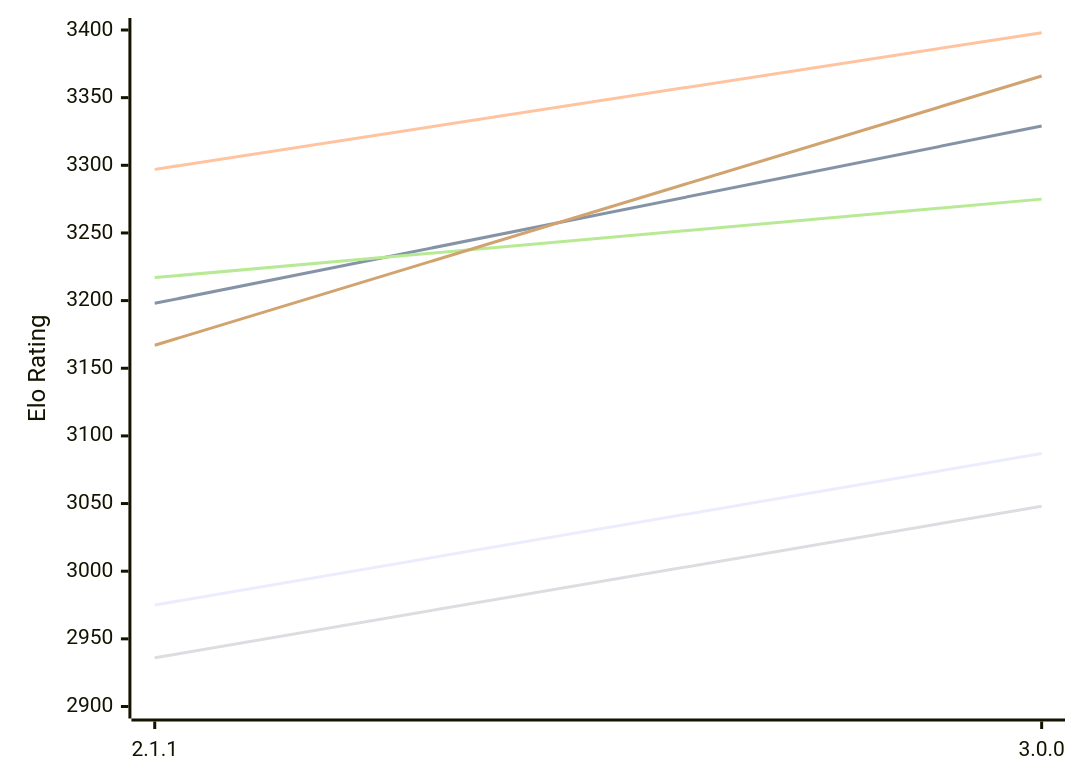
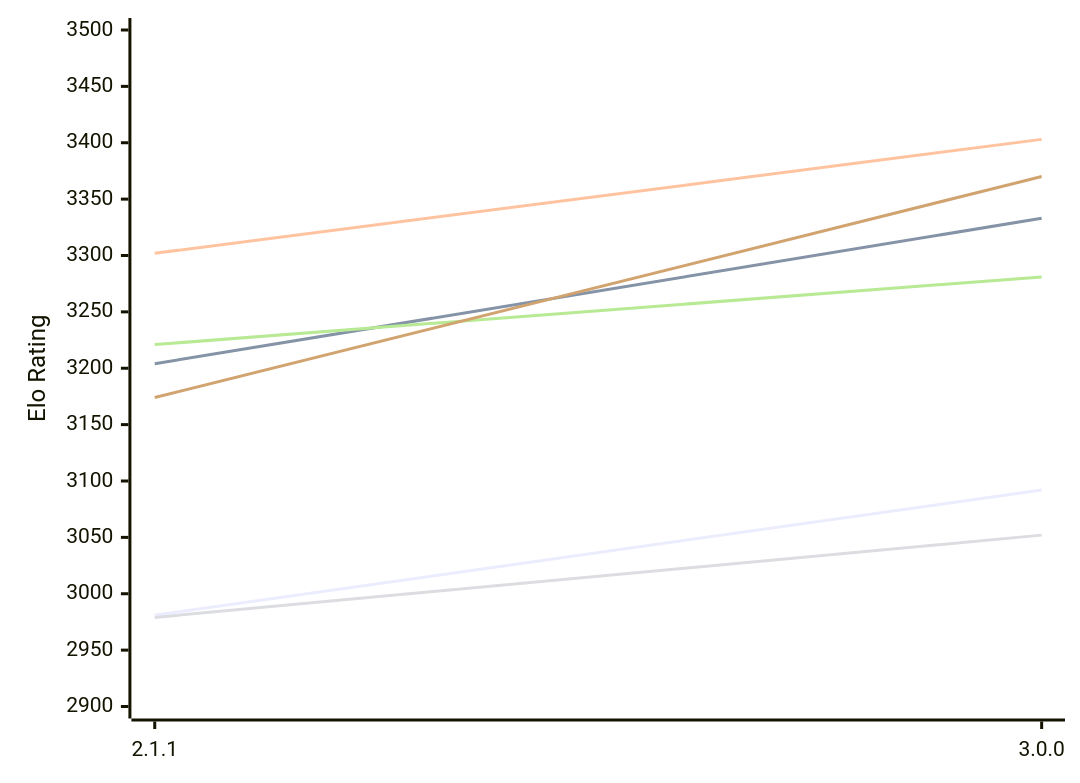
One commit to computer-chess-index/cci changed the first of 2 diagrams in engines/Bread.md. Above: the diagram before and after it, drawn with Mermaid. The commit also changed other lines of this file, not shown here.

Commit message:
Update CCI Ratings (ELO VLTC) - 2026-11-20

````diff
--- a/engines/Bread.md
+++ b/engines/Bread.md
@@ -51,12 +51,12 @@
 ```mermaid
 %%{init: {"theme":"base","themeVariables":{"seriesColors:['#a3a3a3','#222221','#faa371']}}}%%
 xychart-beta
   x-axis ["2.1.1", "3.0.0"]
-  y-axis "Elo Rating" 2900 --> 3400
-  line "E1: STC (8.0+0.08s)" [2975, 3087]
-  line "E1: LTC (60.0+0.60s)" [3198, 3329]
-  line "E1: VLTC (2m24s+1.12s)" [3297, 3398]
-  line "P1: STC (8.0+0.08s)" [2936, 3048]
-  line "P1: LTC (60.0+0.60s)" [3217, 3275]
-  line "P1: VLTC (2m24s+1.12s)" [3167, 3366]
+  y-axis "Elo Rating" 2900 --> 3500
+  line "E1: STC (8.0+0.08s)" [2981, 3092]
+  line "E1: LTC (60.0+0.60s)" [3204, 3333]
+  line "E1: VLTC (2m24s+1.12s)" [3302, 3403]
+  line "P1: STC (8.0+0.08s)" [2979, 3052]
+  line "P1: LTC (60.0+0.60s)" [3221, 3281]
+  line "P1: VLTC (2m24s+1.12s)" [3174, 3370]
 ```
````
